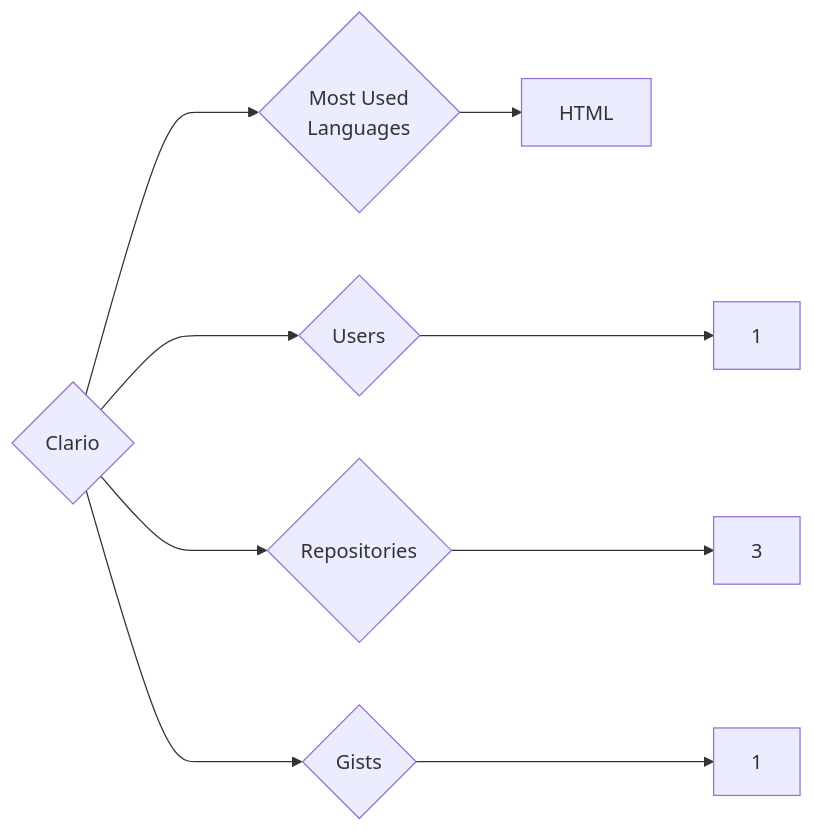
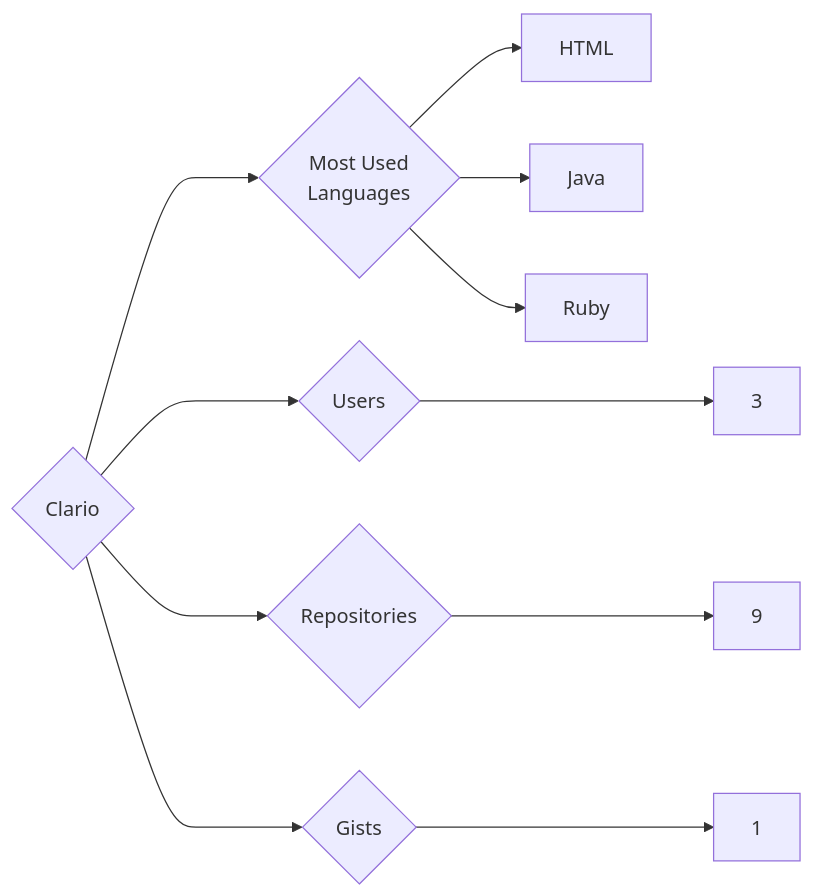
Before and after one commit to trickest/insiders: the diagram in targets/Clario/README.md, drawn with Mermaid. The commit also changed 1149 other files, not shown here.

````diff
--- a/targets/Clario/README.md
+++ b/targets/Clario/README.md
@@ -3,9 +3,11 @@
 ```mermaid
 graph LR
 COMPANY_NAME{Clario}
-COMPANY_NAME ---> U{Users} ---> UN[1]
-COMPANY_NAME ---> R{Repositories} ---> RN[3]
+COMPANY_NAME ---> U{Users} ---> UN[3]
+COMPANY_NAME ---> R{Repositories} ---> RN[9]
 COMPANY_NAME ---> G{Gists} ---> GN[1]
 COMPANY_NAME ---> ML{Most Used<br>Languages}
 ML --> HTML[HTML]
+ML --> Java[Java]
+ML --> Ruby[Ruby]
 ```
````
